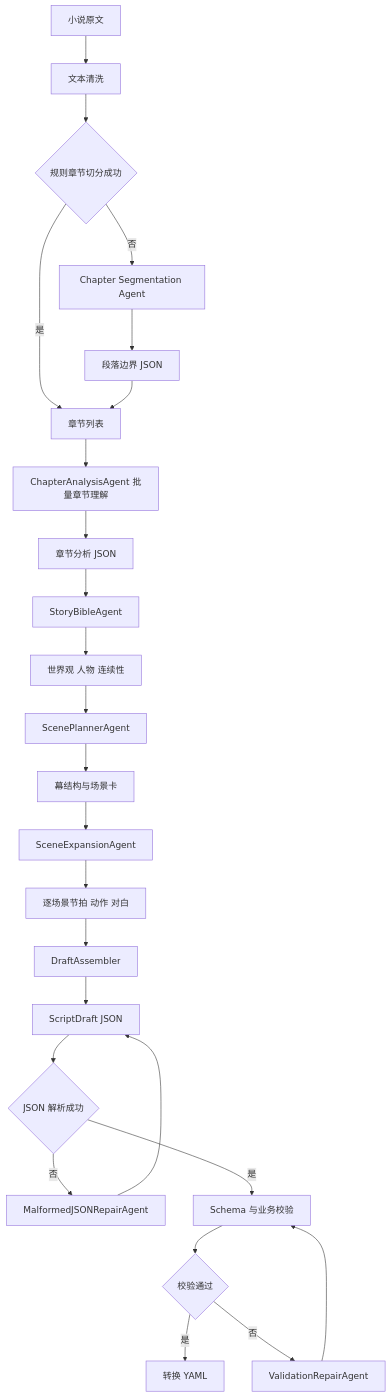
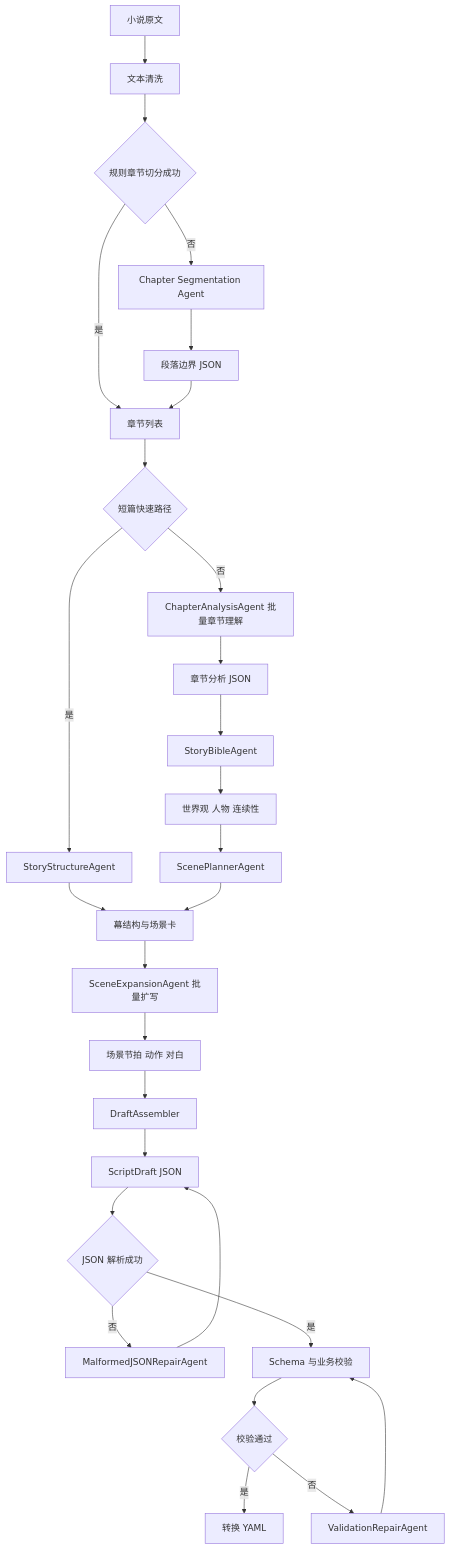
Before and after one commit to Flepxum/novelscript-ai: the diagram in docs/ai-pipeline.md, drawn with Mermaid. The commit also changed other lines of this file and 12 other files, not shown here.

````diff
--- a/docs/ai-pipeline.md
+++ b/docs/ai-pipeline.md
@@ -16,27 +16,30 @@
 ```mermaid
 flowchart TD
   A[小说原文] --> B[文本清洗]
   B --> C{规则章节切分成功}
   C -- 是 --> D[章节列表]
   C -- 否 --> E[Chapter Segmentation Agent]
   E --> F[段落边界 JSON]
   F --> D
-  D --> G[ChapterAnalysisAgent 批量章节理解]
+  D --> W{短篇快速路径}
+  W -- 是 --> X[StoryStructureAgent]
+  X --> L[幕结构与场景卡]
+  W -- 否 --> G[ChapterAnalysisAgent 批量章节理解]
   G --> H[章节分析 JSON]
   H --> I[StoryBibleAgent]
   I --> J[世界观 人物 连续性]
   J --> K[ScenePlannerAgent]
   K --> L[幕结构与场景卡]
-  L --> M[SceneExpansionAgent]
-  M --> N[逐场景节拍 动作 对白]
+  L --> M[SceneExpansionAgent 批量扩写]
+  M --> N[场景节拍 动作 对白]
   N --> O[DraftAssembler]
   O --> P[ScriptDraft JSON]
   P --> Q{JSON 解析成功}
   Q -- 否 --> R[MalformedJSONRepairAgent]
   R --> P
   Q -- 是 --> S[Schema 与业务校验]
   S --> T{校验通过}
   T -- 是 --> U[转换 YAML]
   T -- 否 --> V[ValidationRepairAgent]
   V --> S
 ```
````
